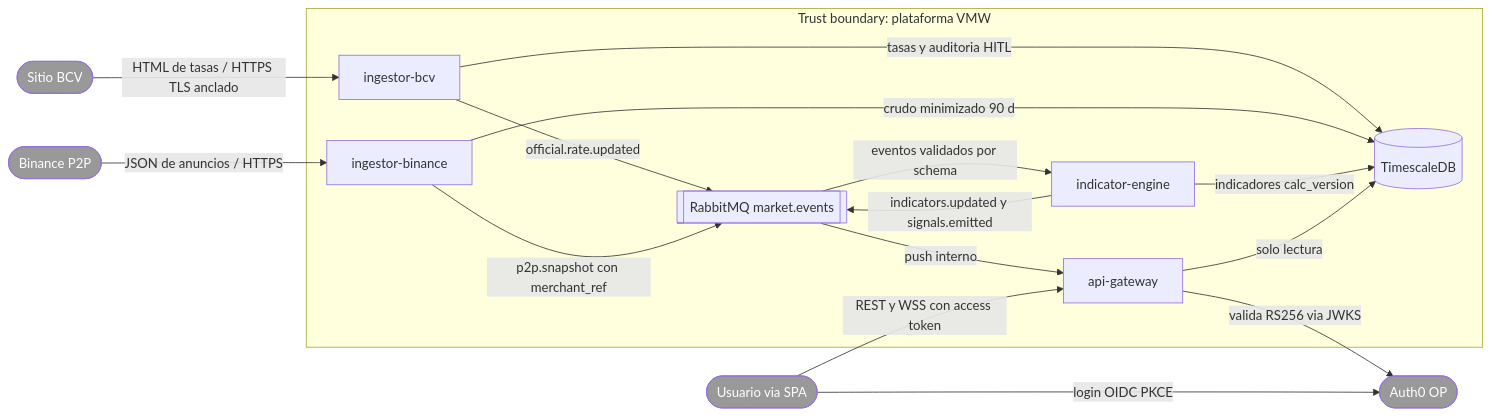
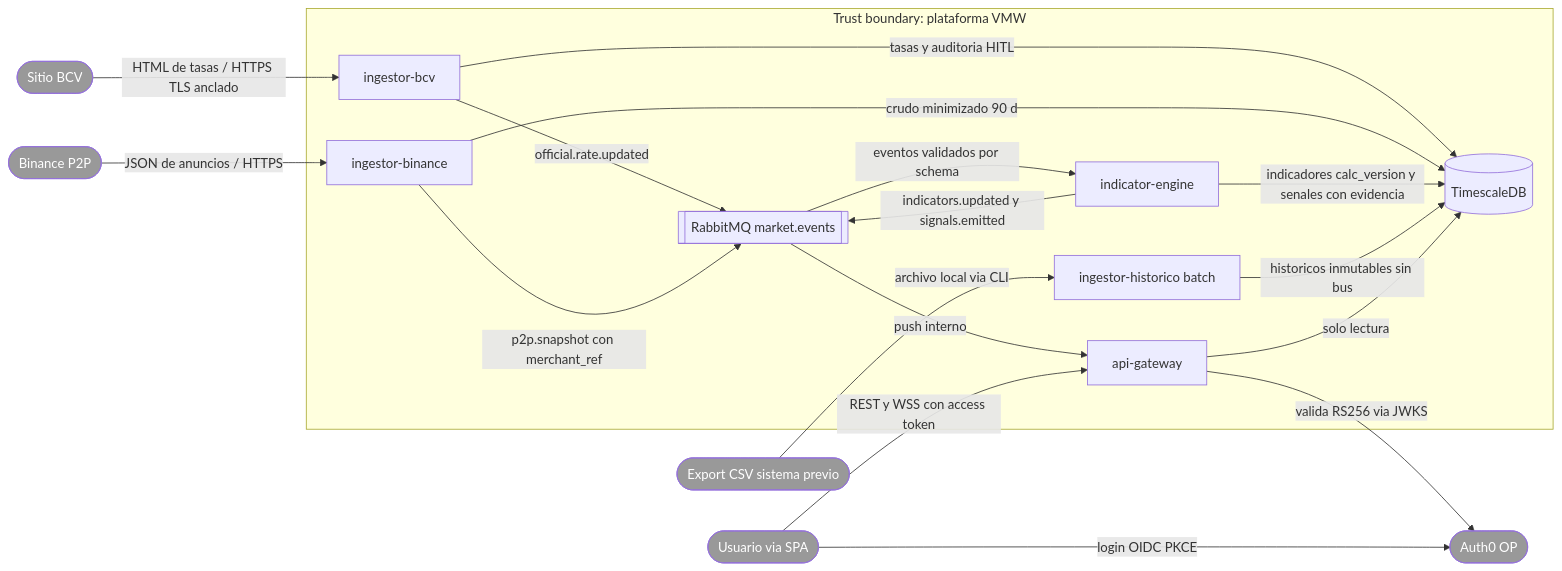
One commit to jeremialcala/ves-market-watch changed the first of 2 diagrams in docs/02-design/threat-model.md. Above: the diagram before and after it, drawn with Mermaid. The commit also changed other lines of this file and 47 other files, not shown here.

````diff
--- a/docs/02-design/threat-model.md
+++ b/docs/02-design/threat-model.md
@@ -14,20 +19,22 @@
 ```mermaid
 flowchart LR
     BCV([Sitio BCV]):::ext -->|HTML de tasas / HTTPS TLS anclado| IBCV
     BIN([Binance P2P]):::ext -->|JSON de anuncios / HTTPS| IBIN
     USR([Usuario via SPA]):::ext -->|login OIDC PKCE| AUTH0([Auth0 OP]):::ext
     subgraph TBP [Trust boundary: plataforma VMW]
       IBCV[ingestor-bcv] -->|official.rate.updated| BUS[[RabbitMQ market.events]]
       IBIN[ingestor-binance] -->|p2p.snapshot con merchant_ref| BUS
       BUS -->|eventos validados por schema| ENG[indicator-engine]
       ENG -->|indicators.updated y signals.emitted| BUS
       BUS -->|push interno| GW[api-gateway]
       IBCV -->|tasas y auditoria HITL| DB[(TimescaleDB)]
       IBIN -->|crudo minimizado 90 d| DB
-      ENG -->|indicadores calc_version| DB
+      ENG -->|indicadores calc_version y senales con evidencia| DB
+      HIST[ingestor-historico batch] -->|historicos inmutables sin bus| DB
       GW -->|solo lectura| DB
     end
+    CSV([Export CSV sistema previo]):::ext -->|archivo local via CLI| HIST
     USR -->|REST y WSS con access token| GW
     GW -->|valida RS256 via JWKS| AUTH0
     classDef ext fill:#999999,color:#ffffff
 ```
````
